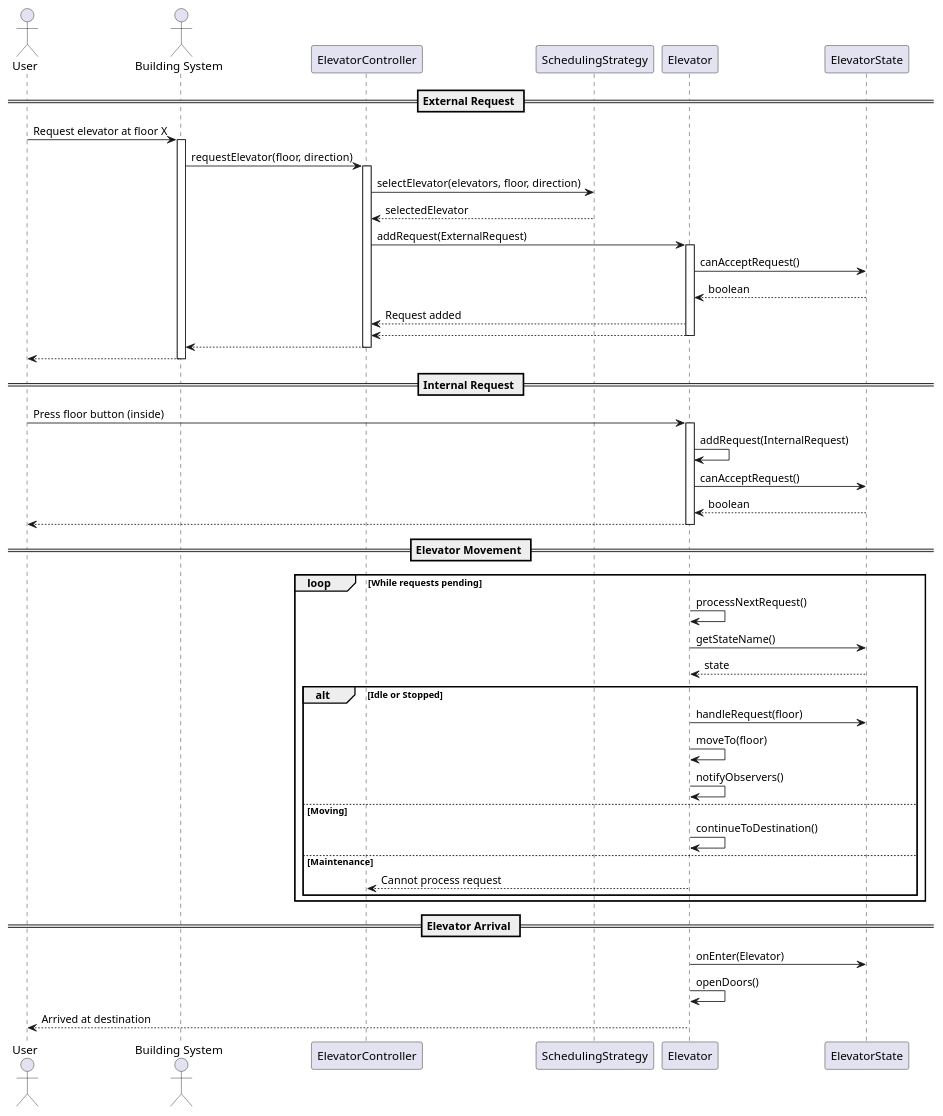
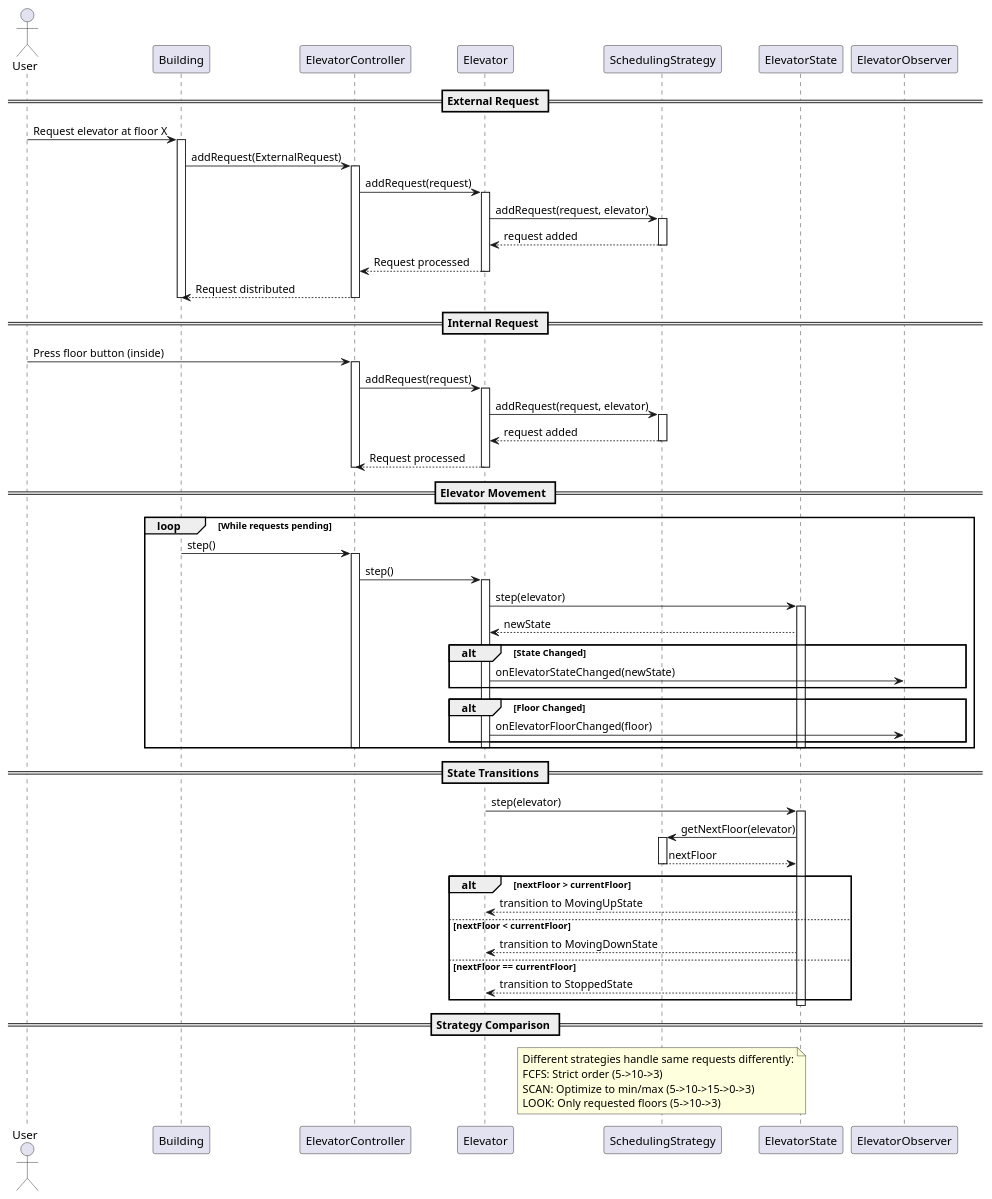
The diagram in Elevator/Sequence.puml (bhawnajoshi1304/LLD), drawn with PlantUML before and after one commit. The commit also changed 30 other files, not shown here.

```diff
--- a/Elevator/Sequence.puml
+++ b/Elevator/Sequence.puml
@@ -1,56 +1,89 @@
 @startuml
 
 actor User
-actor "Building System" as Building
+participant "Building" as Building
 participant "ElevatorController" as Controller
+participant "Elevator" as Elevator
 participant "SchedulingStrategy" as Strategy
-participant "Elevator" as Elevator
 participant "ElevatorState" as State
+participant "ElevatorObserver" as Observer
 
 == External Request ==
 User -> Building: Request elevator at floor X
 activate Building
-Building -> Controller: requestElevator(floor, direction)
+Building -> Controller: addRequest(ExternalRequest)
 activate Controller
-Controller -> Strategy: selectElevator(elevators, floor, direction)
-Strategy --> Controller: selectedElevator
-Controller -> Elevator: addRequest(ExternalRequest)
+Controller -> Elevator: addRequest(request)
 activate Elevator
-Elevator -> State: canAcceptRequest()
-State --> Elevator: boolean
-Elevator --> Controller: Request added
-return
-return
-return
+Elevator -> Strategy: addRequest(request, elevator)
+activate Strategy
+Strategy --> Elevator: request added
+deactivate Strategy
+Elevator --> Controller: Request processed
+deactivate Elevator
+Controller --> Building: Request distributed
+deactivate Controller
+deactivate Building
 
 == Internal Request ==
-User -> Elevator: Press floor button (inside)
+User -> Controller: Press floor button (inside)
+activate Controller
+Controller -> Elevator: addRequest(request)
 activate Elevator
-Elevator -> Elevator: addRequest(InternalRequest)
-Elevator -> State: canAcceptRequest()
-State --> Elevator: boolean
-return
+Elevator -> Strategy: addRequest(request, elevator)
+activate Strategy
+Strategy --> Elevator: request added
+deactivate Strategy
+Elevator --> Controller: Request processed
+deactivate Elevator
+deactivate Controller
 
 == Elevator Movement ==
 loop While requests pending
-    Elevator -> Elevator: processNextRequest()
-    Elevator -> State: getStateName()
-    State --> Elevator: state
+    Building -> Controller: step()
+    activate Controller
+    Controller -> Elevator: step()
+    activate Elevator
+    Elevator -> State: step(elevator)
+    activate State
+    State --> Elevator: newState
     
-    alt Idle or Stopped
-        Elevator -> State: handleRequest(floor)
-        Elevator -> Elevator: moveTo(floor)
-        Elevator -> Elevator: notifyObservers()
-    else Moving
-        Elevator -> Elevator: continueToDestination()
-    else Maintenance
-        Elevator --> Controller: Cannot process request
+    alt State Changed
+        Elevator -> Observer: onElevatorStateChanged(newState)
     end
+    
+    alt Floor Changed
+        Elevator -> Observer: onElevatorFloorChanged(floor)
+    end
+    
+    deactivate State
+    deactivate Elevator
+    deactivate Controller
 end
 
-== Elevator Arrival ==
-Elevator -> State: onEnter(Elevator)
-Elevator -> Elevator: openDoors()
-Elevator --> User: Arrived at destination
+== State Transitions ==
+Elevator -> State: step(elevator)
+activate State
+State -> Strategy: getNextFloor(elevator)
+activate Strategy
+Strategy --> State: nextFloor
+deactivate Strategy
+
+alt nextFloor > currentFloor
+    State --> Elevator: transition to MovingUpState
+else nextFloor < currentFloor
+    State --> Elevator: transition to MovingDownState
+else nextFloor == currentFloor
+    State --> Elevator: transition to StoppedState
+end
+deactivate State
+
+== Strategy Comparison ==
+note over Strategy
+Different strategies handle same requests differently:
+FCFS: Strict order (5->10->3)
+SCAN: Optimize to min/max (5->10->15->0->3) 
+LOOK: Only requested floors (5->10->3)
+end note
 
 @enduml
```
